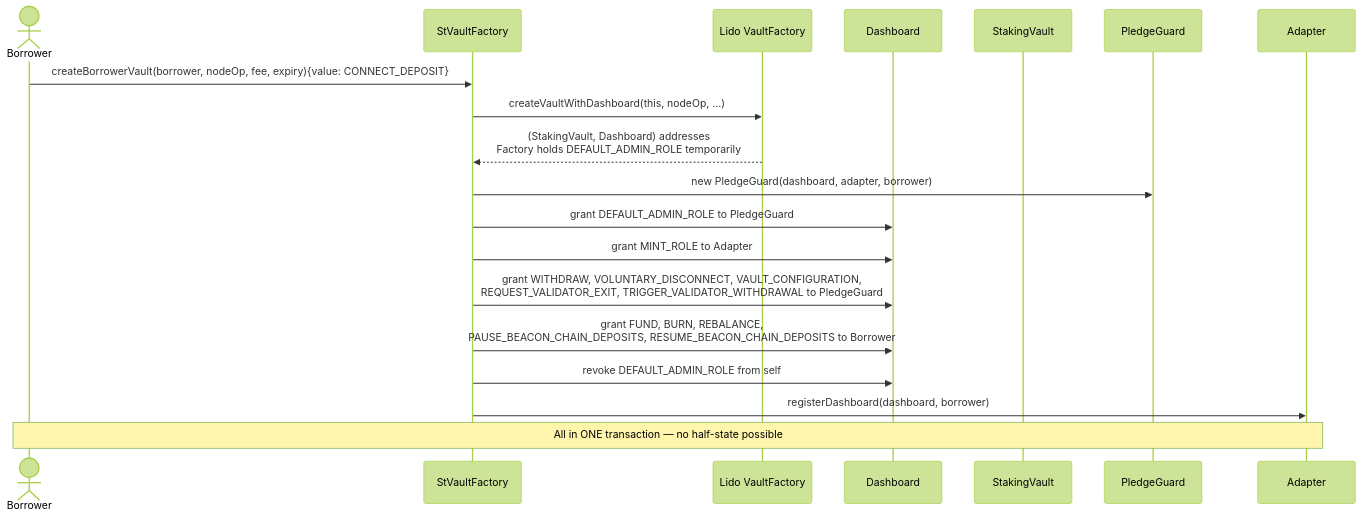
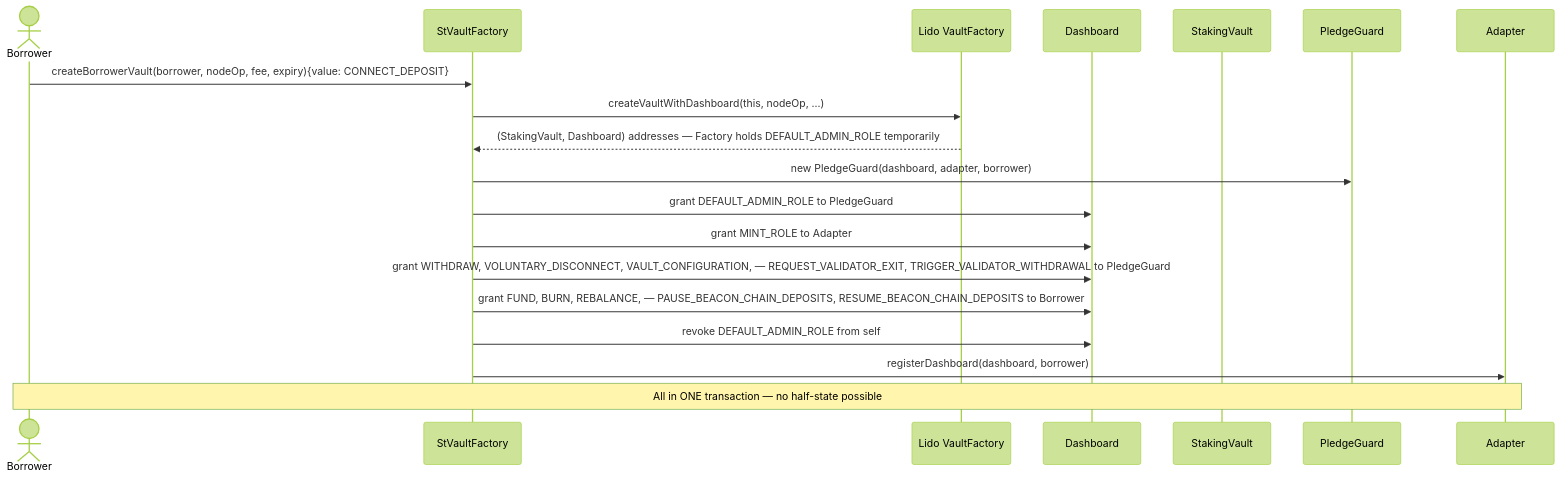
Before and after one commit to sanbir/vault-steth-adapter: the eighth of 24 diagrams in docs/Architecture.md, drawn with Mermaid (forest theme). The commit also changed other lines of this file and 1 other file, not shown here.

First line of the commit message:
docs: fix Mermaid <br/> rendering errors in Architecture.md and Liquidation-guarantees.md

````diff
--- a/docs/Architecture.md
+++ b/docs/Architecture.md
@@ -249,22 +249,22 @@
 ```mermaid
 sequenceDiagram
     actor Borrower
     participant Factory as StVaultFactory
     participant LidoFactory as Lido VaultFactory
     participant Dashboard
     participant StakingVault
     participant PledgeGuard
     participant Adapter
 
     Borrower->>Factory: createBorrowerVault(borrower, nodeOp, fee, expiry){value: CONNECT_DEPOSIT}
     Factory->>LidoFactory: createVaultWithDashboard(this, nodeOp, ...)
-    LidoFactory-->>Factory: (StakingVault, Dashboard) addresses<br/>Factory holds DEFAULT_ADMIN_ROLE temporarily
+    LidoFactory-->>Factory: (StakingVault, Dashboard) addresses — Factory holds DEFAULT_ADMIN_ROLE temporarily
     Factory->>PledgeGuard: new PledgeGuard(dashboard, adapter, borrower)
     Factory->>Dashboard: grant DEFAULT_ADMIN_ROLE to PledgeGuard
     Factory->>Dashboard: grant MINT_ROLE to Adapter
-    Factory->>Dashboard: grant WITHDRAW, VOLUNTARY_DISCONNECT, VAULT_CONFIGURATION,<br/>REQUEST_VALIDATOR_EXIT, TRIGGER_VALIDATOR_WITHDRAWAL to PledgeGuard
-    Factory->>Dashboard: grant FUND, BURN, REBALANCE,<br/>PAUSE_BEACON_CHAIN_DEPOSITS, RESUME_BEACON_CHAIN_DEPOSITS to Borrower
+    Factory->>Dashboard: grant WITHDRAW, VOLUNTARY_DISCONNECT, VAULT_CONFIGURATION, — REQUEST_VALIDATOR_EXIT, TRIGGER_VALIDATOR_WITHDRAWAL to PledgeGuard
+    Factory->>Dashboard: grant FUND, BURN, REBALANCE, — PAUSE_BEACON_CHAIN_DEPOSITS, RESUME_BEACON_CHAIN_DEPOSITS to Borrower
     Factory->>Dashboard: revoke DEFAULT_ADMIN_ROLE from self
     Factory->>Adapter: registerDashboard(dashboard, borrower)
     Note over Borrower,Adapter: All in ONE transaction — no half-state possible
 ```
````
